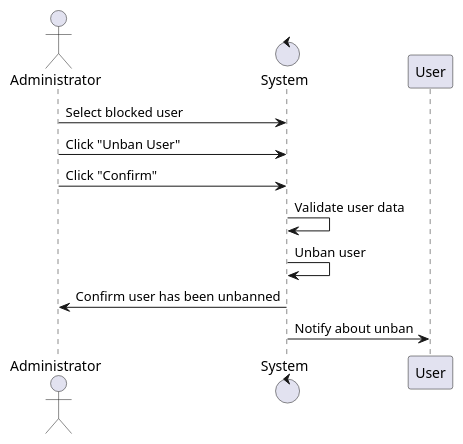
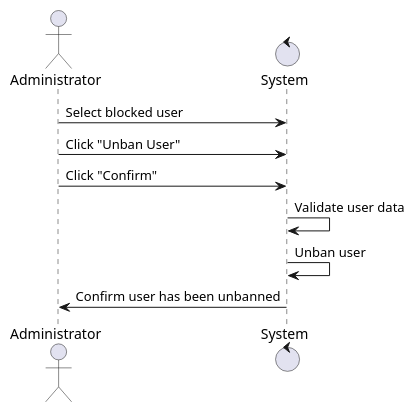
One commit to luckyscammer/IO-35_DB_gr4 changed diagram 20 of 22 in docs/use cases/README.md. Above: the diagram before and after it, drawn with PlantUML. The commit also changed other lines of this file, not shown here.

Commit message:
Fixed UnbanUser diagram

```diff
--- a/docs/use cases/README.md
+++ b/docs/use cases/README.md
@@ -420,14 +420,13 @@
 @startuml
 
 actor Administrator
 control System
 
 Administrator -> System: Select blocked user
 Administrator -> System: Click "Unban User"
 Administrator -> System: Click "Confirm"
 System -> System: Validate user data
 System -> System: Unban user
 System -> Administrator: Confirm user has been unbanned
-System -> User: Notify about unban
 
 @enduml
```
